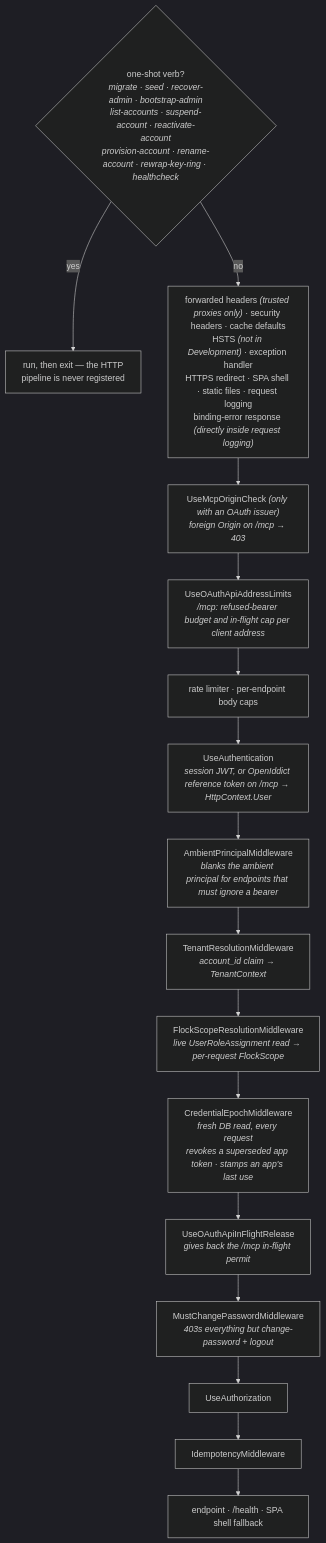
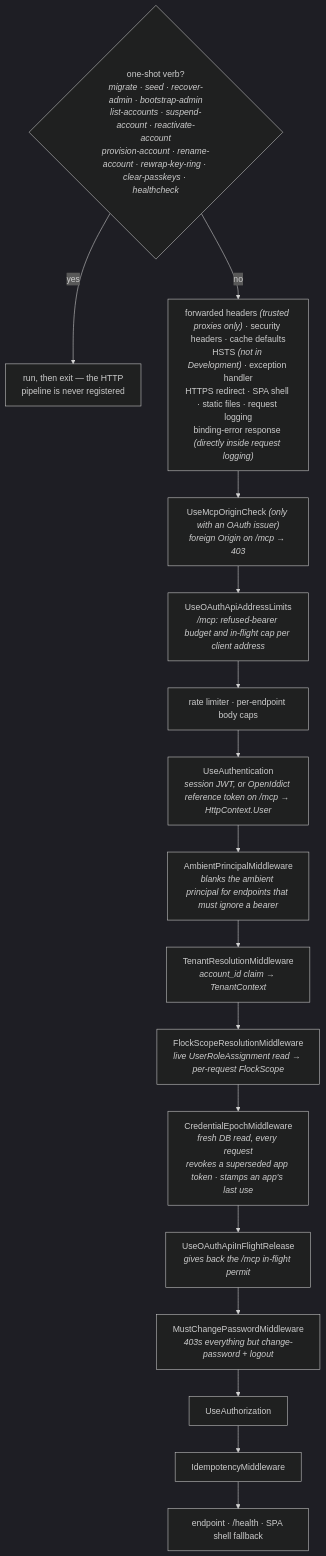
One commit to mforce/cluckwork changed the fourth of 7 diagrams in docs/architecture.md. Above: the diagram before and after it, drawn with Mermaid (dark theme). The commit also changed 109 other files, not shown here.

Commit message:
feat(auth): register, list, rename and remove passkeys as a second factor (backend) (#1465)

````diff
--- a/docs/architecture.md
+++ b/docs/architecture.md
@@ -125,21 +125,21 @@
 ```mermaid
 flowchart TD
-    CLI{"one-shot verb?<br/><i>migrate · seed · recover-admin · bootstrap-admin<br/>list-accounts · suspend-account · reactivate-account<br/>provision-account · rename-account · rewrap-key-ring · healthcheck</i>"}
+    CLI{"one-shot verb?<br/><i>migrate · seed · recover-admin · bootstrap-admin<br/>list-accounts · suspend-account · reactivate-account<br/>provision-account · rename-account · rewrap-key-ring · clear-passkeys · healthcheck</i>"}
     CLI -->|yes| EXIT["run, then exit — the HTTP<br/>pipeline is never registered"]
     CLI -->|no| EDGE
 
     EDGE["forwarded headers <i>(trusted proxies only)</i> · security headers · cache defaults<br/>HSTS <i>(not in Development)</i> · exception handler<br/>HTTPS redirect · SPA shell · static files · request logging<br/>binding-error response <i>(directly inside request logging)</i>"]
     EDGE --> ORIGIN["UseMcpOriginCheck <i>(only with an OAuth issuer)</i><br/><i>foreign Origin on /mcp → 403</i>"]
     ORIGIN --> ADDRESS["UseOAuthApiAddressLimits<br/><i>/mcp: refused-bearer budget and in-flight cap per client address</i>"]
     ADDRESS --> LIMITS["rate limiter · per-endpoint body caps"]
     LIMITS --> AUTHN["UseAuthentication<br/><i>session JWT, or OpenIddict reference token on /mcp → HttpContext.User</i>"]
     AUTHN --> AMBIENT["AmbientPrincipalMiddleware<br/><i>blanks the ambient principal for endpoints that must ignore a bearer</i>"]
     AMBIENT --> TENANT["TenantResolutionMiddleware<br/><i>account_id claim → TenantContext</i>"]
     TENANT --> FLOCKSCOPE["FlockScopeResolutionMiddleware<br/><i>live UserRoleAssignment read → per-request FlockScope</i>"]
     FLOCKSCOPE --> EPOCH["CredentialEpochMiddleware<br/><i>fresh DB read, every request<br/>revokes a superseded app token · stamps an app's last use</i>"]
     EPOCH --> RELEASE["UseOAuthApiInFlightRelease<br/><i>gives back the /mcp in-flight permit</i>"]
     RELEASE --> MUSTCHANGE["MustChangePasswordMiddleware<br/><i>403s everything but change-password + logout</i>"]
     MUSTCHANGE --> AUTHZ["UseAuthorization"]
     AUTHZ --> IDEM["IdempotencyMiddleware"]
     IDEM --> ENDPOINT["endpoint · /health · SPA shell fallback"]
 ```
````
